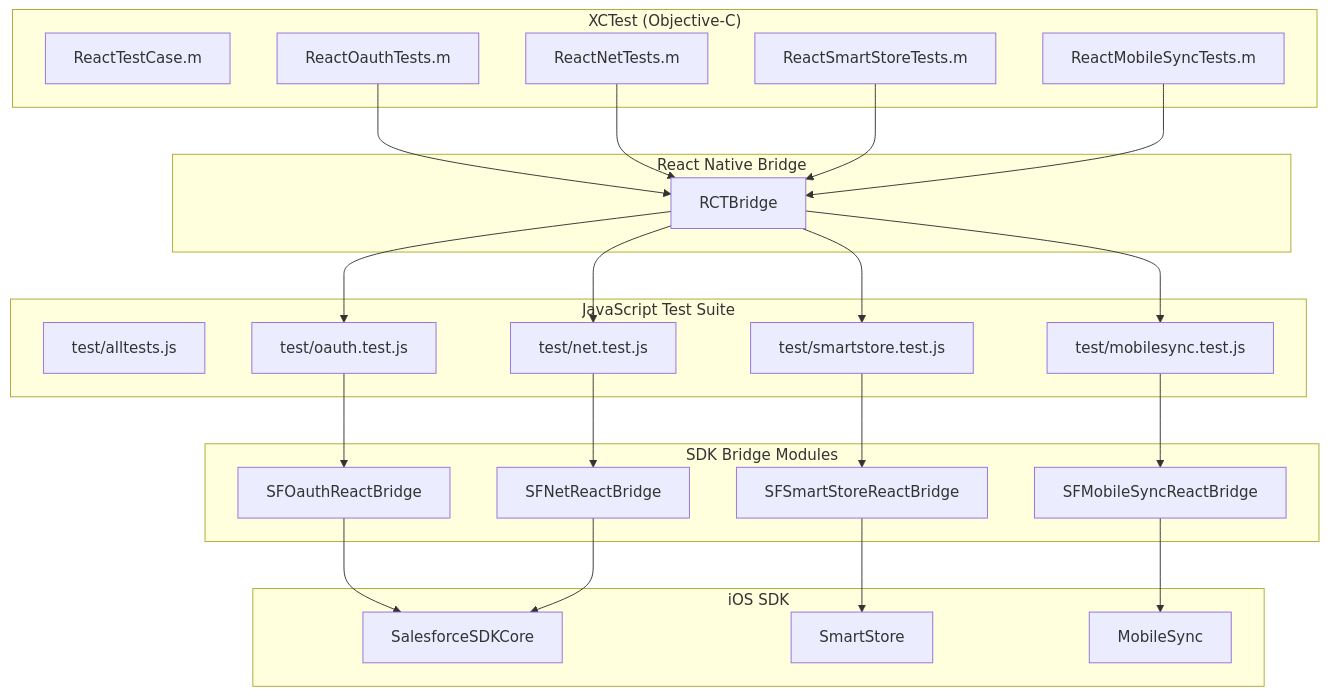
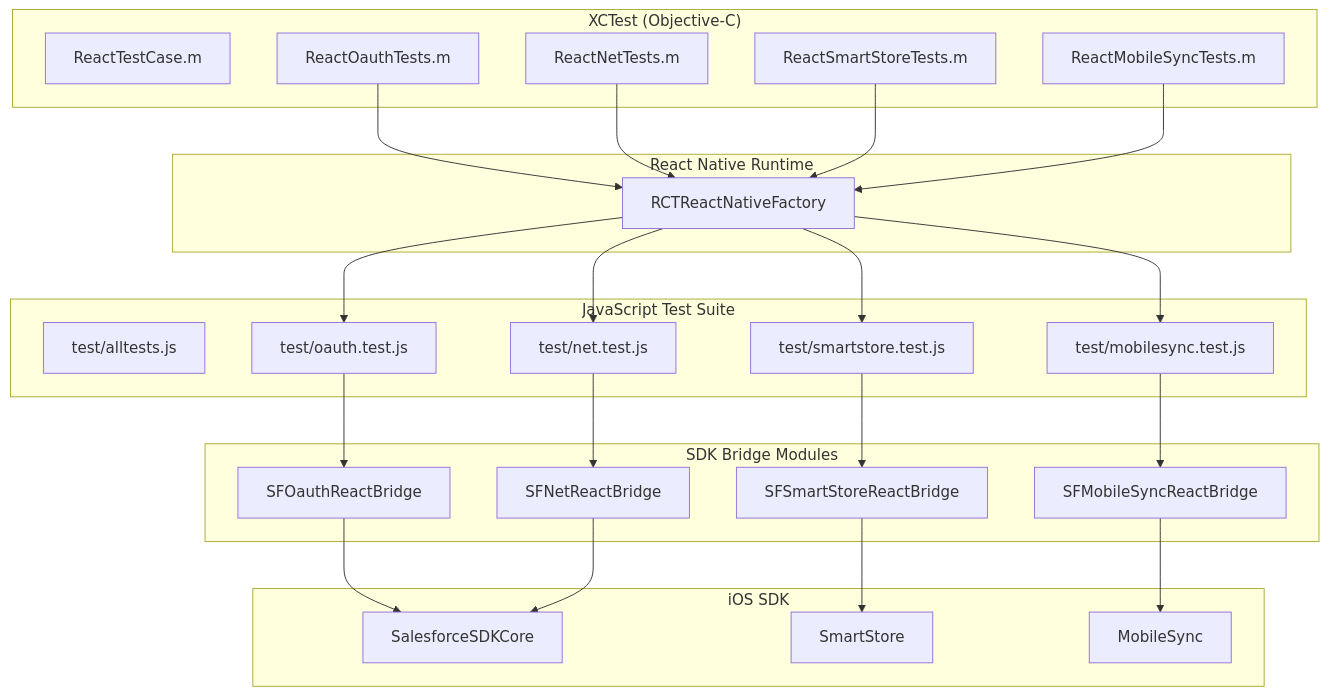
The first of 2 diagrams in docs/ios-tests/README.md (wmathurin/SalesforceMobileSDK-ReactNative), drawn with Mermaid before and after one commit. The commit also changed other lines of this file and 2 other files, not shown here.

Commit message:
Update docs: RN 0.82.1 version, RCTReactNativeFactory in test diagram

````diff
--- a/docs/ios-tests/README.md
+++ b/docs/ios-tests/README.md
@@ -28,55 +28,55 @@
 ```mermaid
 graph TB
     subgraph "XCTest (Objective-C)"
         A[ReactTestCase.m]
         B[ReactOauthTests.m]
         C[ReactNetTests.m]
         D[ReactSmartStoreTests.m]
         E[ReactMobileSyncTests.m]
     end
     
-    subgraph "React Native Bridge"
-        F[RCTBridge]
+    subgraph "React Native Runtime"
+        F[RCTReactNativeFactory]
     end
     
     subgraph "JavaScript Test Suite"
         G[test/alltests.js]
         H[test/oauth.test.js]
         I[test/net.test.js]
         J[test/smartstore.test.js]
         K[test/mobilesync.test.js]
     end
     
     subgraph "SDK Bridge Modules"
         L[SFOauthReactBridge]
         M[SFNetReactBridge]
         N[SFSmartStoreReactBridge]
         O[SFMobileSyncReactBridge]
     end
     
     subgraph "iOS SDK"
         P[SalesforceSDKCore]
         Q[SmartStore]
         R[MobileSync]
     end
     
     B --> F
     C --> F
     D --> F
     E --> F
     
     F --> H
     F --> I
     F --> J
     F --> K
     
     H --> L
     I --> M
     J --> N
     K --> O
     
     L --> P
     M --> P
     N --> Q
     O --> R
 ```
````
